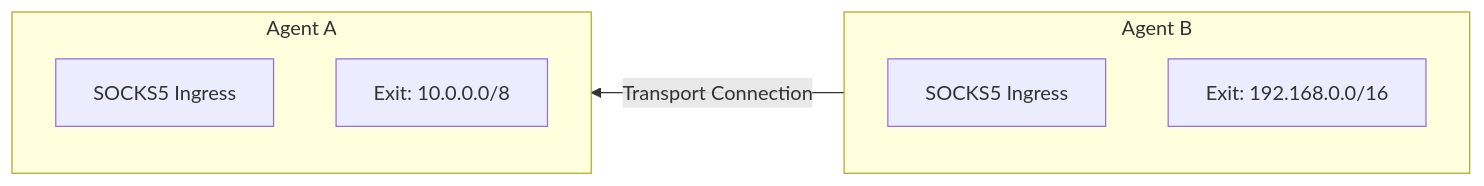
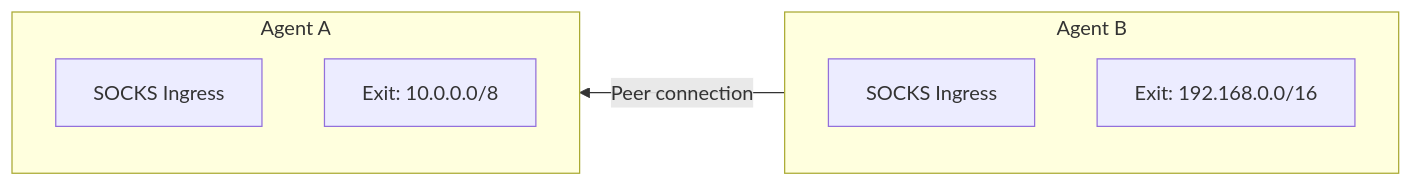
One commit to Muti-Metroo/Muti-Metroo changed the second of 4 diagrams in docs/docs/concepts/architecture.md. Above: the diagram before and after it, drawn with Mermaid. The commit also changed other lines of this file and 156 other files, not shown here.

````diff
--- a/docs/docs/concepts/architecture.md
+++ b/docs/docs/concepts/architecture.md
@@ -145,12 +61,12 @@
 ```mermaid
 flowchart RL
     subgraph B[Agent B]
-        B_SOCKS[SOCKS5 Ingress]
+        B_SOCKS[SOCKS Ingress]
         B_Exit[Exit: 192.168.0.0/16]
     end
     subgraph A[Agent A]
-        A_SOCKS[SOCKS5 Ingress]
+        A_SOCKS[SOCKS Ingress]
         A_Exit[Exit: 10.0.0.0/8]
     end
-    B -->|Transport Connection| A
+    B -->|Peer connection| A
 ```
````
